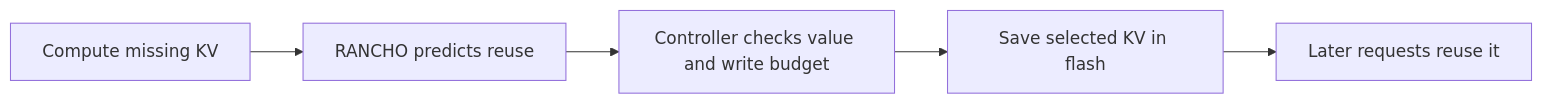
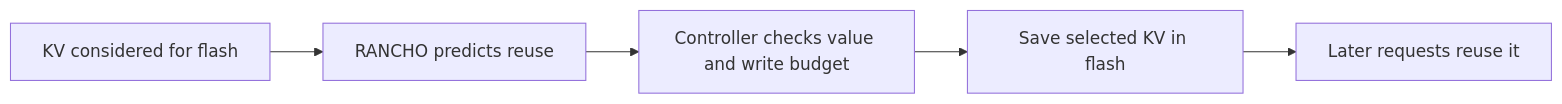
The diagram in README.md (AnshvardhanShetty/rancho), drawn with Mermaid before and after one commit. The commit also changed other lines of this file, not shown here.

````diff
--- a/README.md
+++ b/README.md
@@ -15,7 +20,7 @@
 ```mermaid
 flowchart LR
-    A[Compute missing KV] --> B[RANCHO predicts reuse]
+    A[KV considered for flash] --> B[RANCHO predicts reuse]
     B --> C[Controller checks value and write budget]
     C --> D[Save selected KV in flash]
     D --> E[Later requests reuse it]
 ```
````
